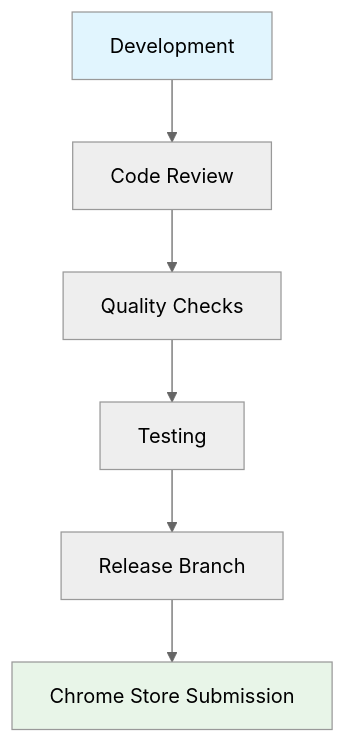
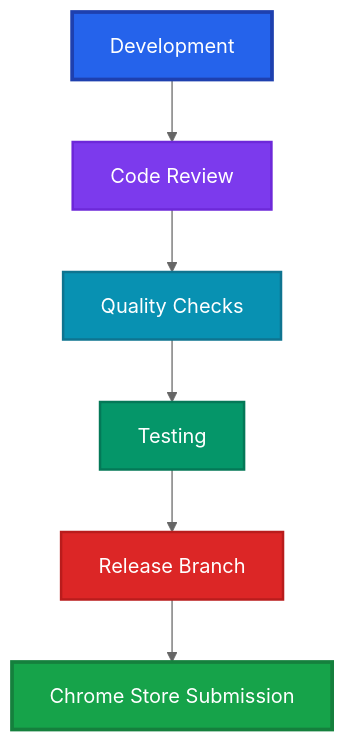
One commit to JosephMatino/MultiAiFilePaster changed the second of 3 diagrams in docs/internal/PIPELINE_PROTECTION.md. Above: the diagram before and after it, drawn with Mermaid (neutral theme). The commit also changed other lines of this file and 3 other files, not shown here.

Commit message:
Fix Mermaid graph colors in GIT_WORKFLOW.md and PIPELINE_PROTECTION.md - professional blue/purple/green/red palette

````diff
--- a/docs/internal/PIPELINE_PROTECTION.md
+++ b/docs/internal/PIPELINE_PROTECTION.md
@@ -74,11 +83,15 @@
 ```mermaid
 graph TD
     A[Development] --> B[Code Review]
     B --> C[Quality Checks]
     C --> D[Testing]
     D --> E[Release Branch]
     E --> F[Chrome Store Submission]
-    
-    style A fill:#e1f5fe
-    style F fill:#e8f5e8
+
+    style A fill:#2563eb,stroke:#1e40af,stroke-width:3px,color:#fff
+    style B fill:#7c3aed,stroke:#6d28d9,stroke-width:2px,color:#fff
+    style C fill:#0891b2,stroke:#0e7490,stroke-width:2px,color:#fff
+    style D fill:#059669,stroke:#047857,stroke-width:2px,color:#fff
+    style E fill:#dc2626,stroke:#b91c1c,stroke-width:2px,color:#fff
+    style F fill:#16a34a,stroke:#15803d,stroke-width:3px,color:#fff
 ```
````
